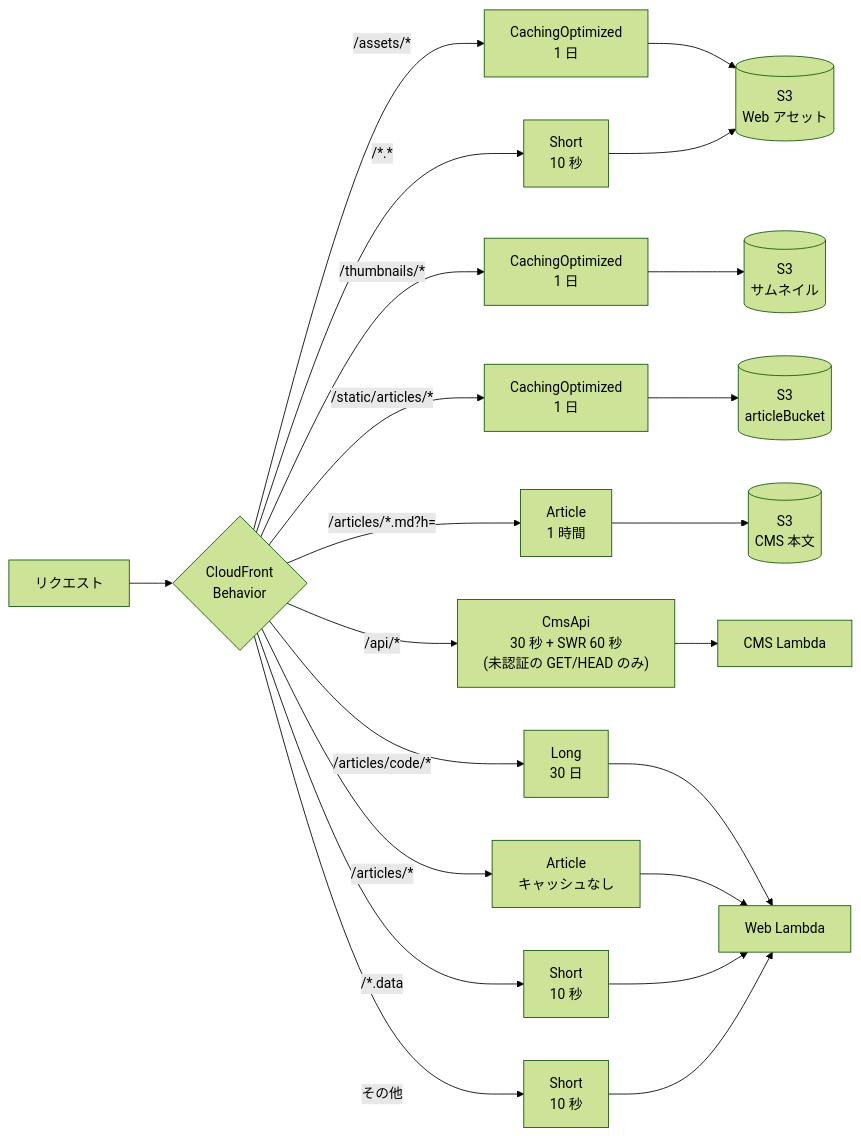
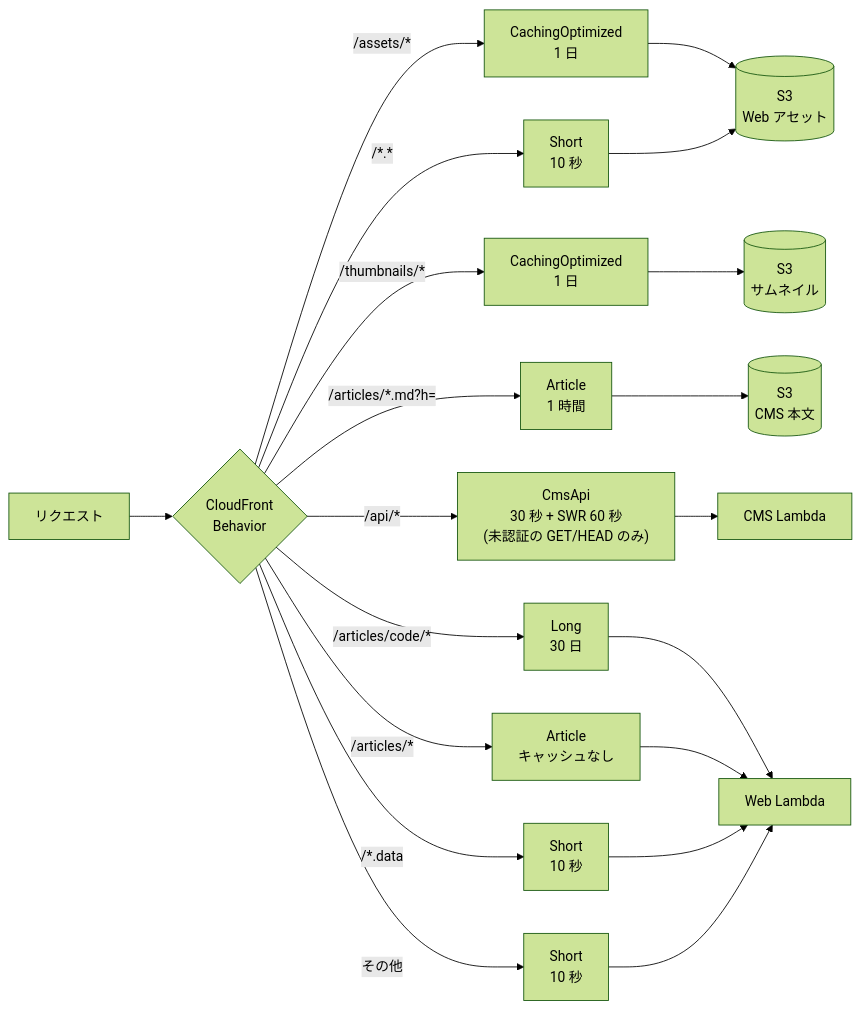
Before and after one commit to kanaru0928/kanaru.me: the third of 8 diagrams in docs/caching.md, drawn with Mermaid (forest theme). The commit also changed other lines of this file and 59 other files, not shown here.

````diff
--- a/docs/caching.md
+++ b/docs/caching.md
@@ -60,15 +60,14 @@
 ```mermaid
 flowchart LR
     Req["リクエスト"] --> CF{"CloudFront<br/>Behavior"}
 
     CF -->|"/assets/*"| P1["CachingOptimized<br/>1 日"] --> S3Web[("S3<br/>Web アセット")]
     CF -->|"/*.*"| P2["Short<br/>10 秒"] --> S3Web
     CF -->|"/thumbnails/*"| P3["CachingOptimized<br/>1 日"] --> S3Thumb[("S3<br/>サムネイル")]
-    CF -->|"/static/articles/*"| P4["CachingOptimized<br/>1 日"] --> S3Article[("S3<br/>articleBucket")]
     CF -->|"/articles/*.md?h="| P5["Article<br/>1 時間"] --> S3Cms[("S3<br/>CMS 本文")]
     CF -->|"/api/*"| P6["CmsApi<br/>30 秒 + SWR 60 秒<br/>(未認証の GET/HEAD のみ)"] --> CMS["CMS Lambda"]
     CF -->|"/articles/code/*"| P7["Long<br/>30 日"] --> Web["Web Lambda"]
     CF -->|"/articles/*"| P8["Article<br/>キャッシュなし"] --> Web
     CF -->|"/*.data"| P9["Short<br/>10 秒"] --> Web
     CF -->|"その他"| P10["Short<br/>10 秒"] --> Web
 ```
````
